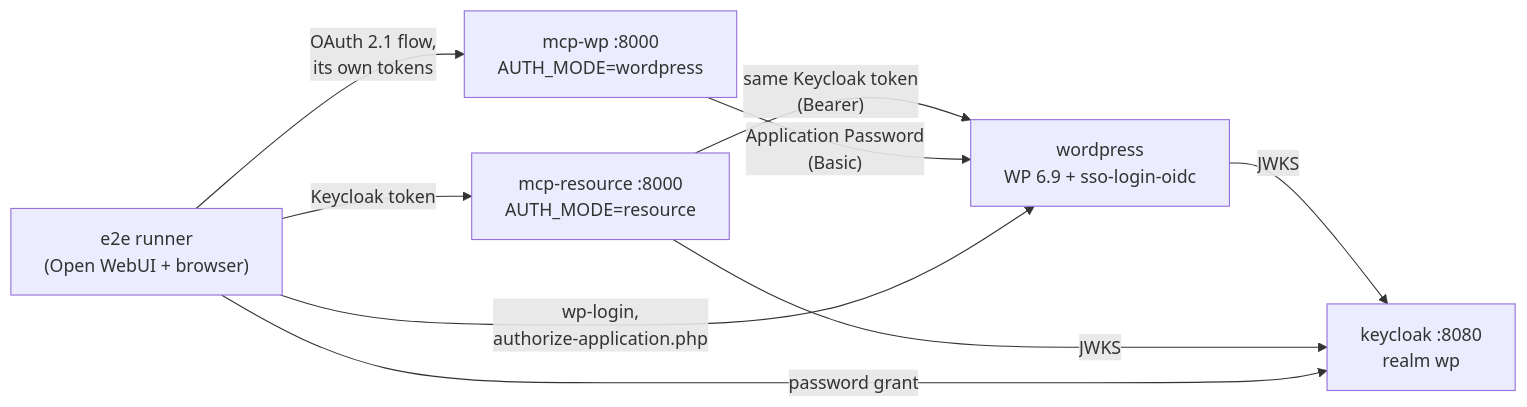
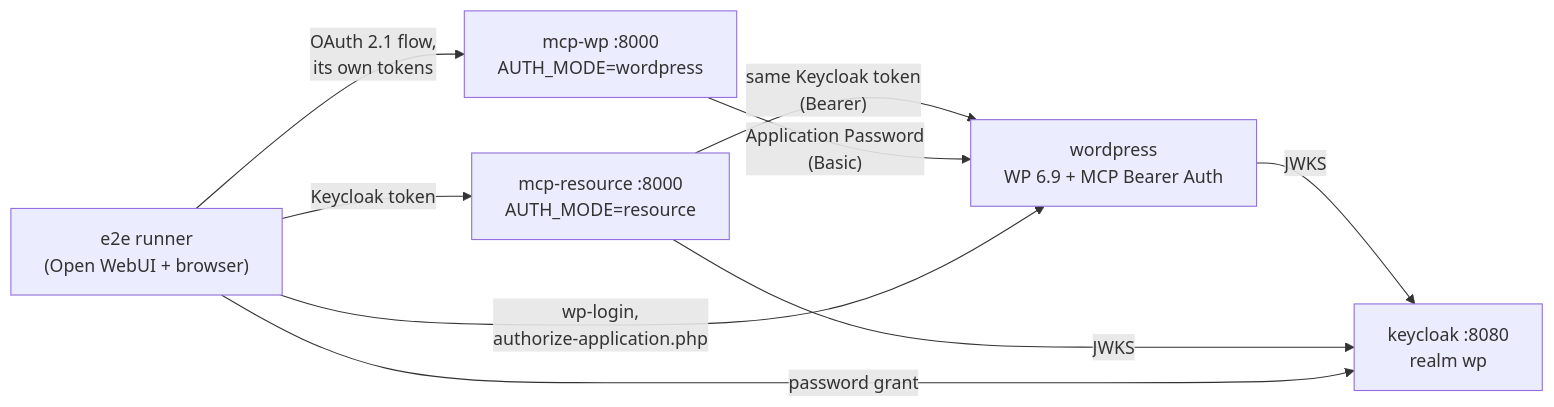
The diagram in test-stack/README.md (linuxrrze/mcp-wordpress-oauth), drawn with Mermaid before and after one commit. The commit also changed other lines of this file and 35 other files, not shown here.

First line of the commit message:
feat!: bundle MCP Bearer Auth plugin, drop the sso-login-oidc dependency

````diff
--- a/test-stack/README.md
+++ b/test-stack/README.md
@@ -30,11 +27,11 @@
 ```mermaid
 flowchart LR
     e2e["e2e runner<br/>(Open WebUI + browser)"] -- "Keycloak token" --> res["mcp-resource :8000<br/>AUTH_MODE=resource"]
     e2e -- "OAuth 2.1 flow,<br/>its own tokens" --> wpm["mcp-wp :8000<br/>AUTH_MODE=wordpress"]
-    res -- "same Keycloak token<br/>(Bearer)" --> wp["wordpress<br/>WP 6.9 + sso-login-oidc"]
+    res -- "same Keycloak token<br/>(Bearer)" --> wp["wordpress<br/>WP 6.9 + MCP Bearer Auth"]
     wpm -- "Application Password<br/>(Basic)" --> wp
     wp -- "JWKS" --> kc["keycloak :8080<br/>realm wp"]
     res -- "JWKS" --> kc
     e2e -- "password grant" --> kc
     e2e -- "wp-login,<br/>authorize-application.php" --> wp
 ```
````
